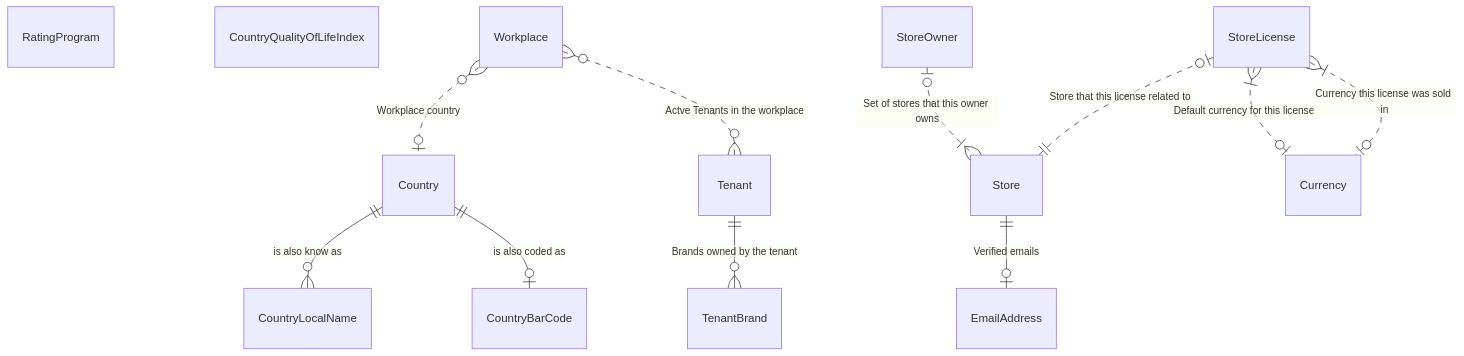
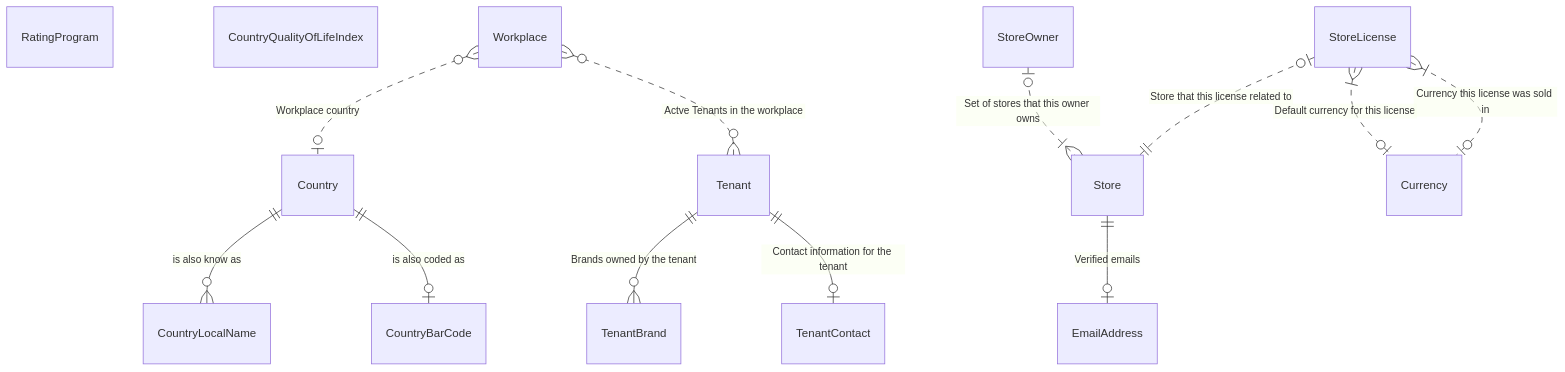
Before and after one commit to NoxOrg/Nox: the diagram in src/Nox.ClientApi.Tests/.nox/docs/README.md, drawn with Mermaid. The commit also changed other lines of this file and 98 other files, not shown here.

````diff
--- a/src/Nox.ClientApi.Tests/.nox/docs/README.md
+++ b/src/Nox.ClientApi.Tests/.nox/docs/README.md
@@ -11,40 +11,43 @@
 ``` mermaid
 erDiagram
     Country {
     }
     Country||--o{CountryLocalName : "is also know as"
     Country||--o|CountryBarCode : "is also coded as"
     CountryLocalName {
     }
     CountryBarCode {
     }
     RatingProgram {
     }
     CountryQualityOfLifeIndex {
     }
     Store {
     }
     Store||--o|EmailAddress : "Verified emails"
     Workplace {
     }
     Workplace}o..o|Country : "Workplace country"
     Workplace}o..o{Tenant : "Actve Tenants in the workplace"
     StoreOwner {
     }
     StoreOwner|o..|{Store : "Set of stores that this owner owns"
     StoreLicense {
     }
     StoreLicense|o..||Store : "Store that this license related to"
     StoreLicense}|..o|Currency : "Default currency for this license"
     StoreLicense}|..o|Currency : "Currency this license was sold in"
     Currency {
     }
     Tenant {
     }
     Tenant||--o{TenantBrand : "Brands owned by the tenant"
+    Tenant||--o|TenantContact : "Contact information for the tenant"
     TenantBrand {
+    }
+    TenantContact {
     }
     EmailAddress {
     }
 
 ```
````
